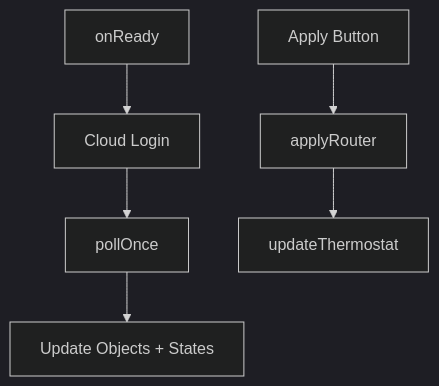
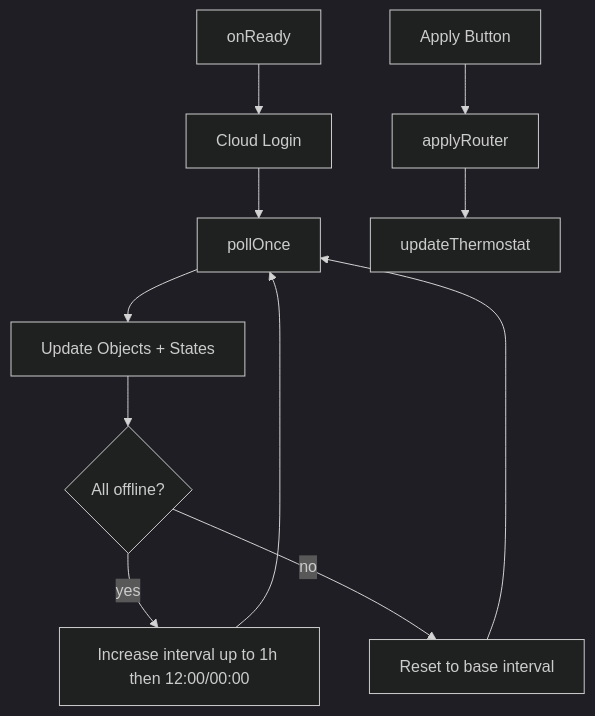
The second of 2 diagrams in README.md (patricknitsch/ioBroker.schlueter-thermostat), drawn with Mermaid (dark theme) before and after one commit. The commit also changed 4 other files, not shown here.

````diff
--- a/README.md
+++ b/README.md
@@ -85,9 +85,14 @@
 ```mermaid
 flowchart TB
   READY[onReady] --> LOGIN[Cloud Login]
   LOGIN --> POLL[pollOnce]
   POLL --> UPSERT[Update Objects + States]
+  UPSERT --> BACKOFF{All offline?}
+  BACKOFF -- yes --> INC[Increase interval up to 1h then 12:00/00:00]
+  BACKOFF -- no --> RESET[Reset to base interval]
+  INC --> POLL
+  RESET --> POLL
 
   APPLYBTN[Apply Button] --> ROUTER[applyRouter]
   ROUTER --> API[updateThermostat]
 ```
````
